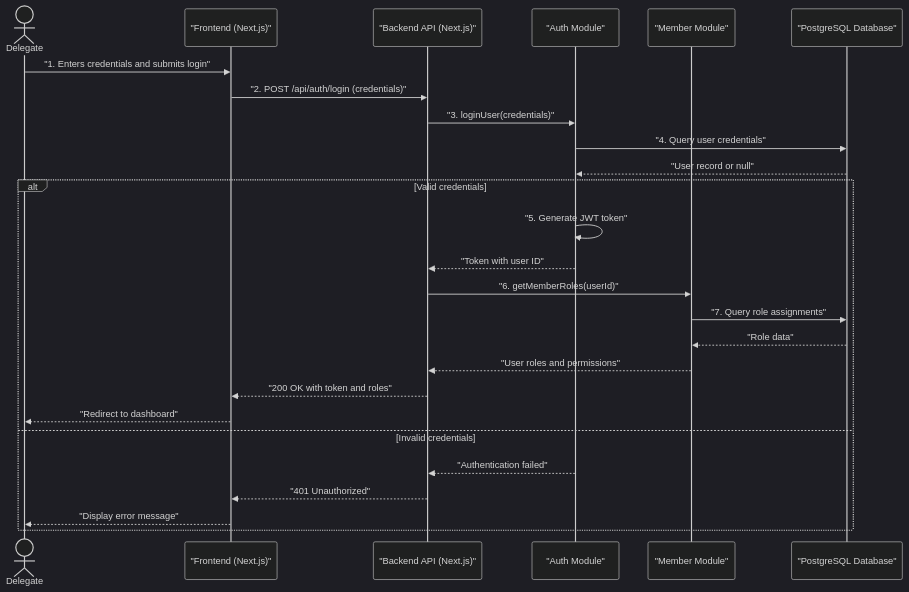
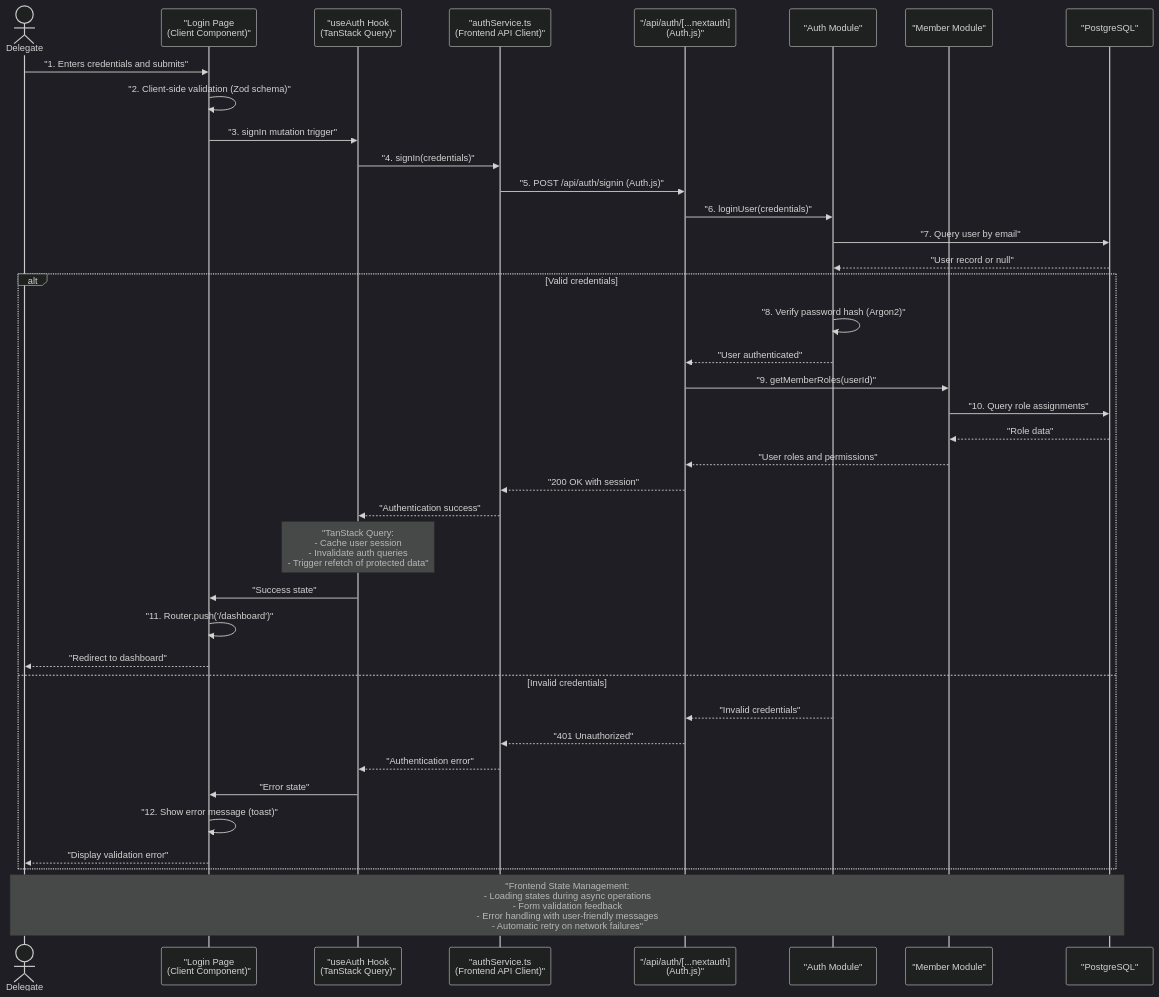
Before and after one commit to greg-latuszek/emma-companionship: the fifth of 15 diagrams in docs/architecture.md, drawn with Mermaid (dark theme). The commit also changed other lines of this file, not shown here.

Commit message:
improved (frontend/backend) Core Workflows

````diff
--- a/docs/architecture.md
+++ b/docs/architecture.md
@@ -1828,31 +1841,50 @@
 ```mermaid
 sequenceDiagram
     actor User as Delegate
-    participant FE as "Frontend (Next.js)"
-    participant API as "Backend API (Next.js)"
-    participant Auth as "Auth Module"
-    participant Member as "Member Module"
-    participant DB as "PostgreSQL Database"
+    participant LoginPage as "Login Page<br/>(Client Component)"
+    participant AuthHook as "useAuth Hook<br/>(TanStack Query)"
+    participant AuthService as "authService.ts<br/>(Frontend API Client)"
+    participant AuthRoute as "/api/auth/[...nextauth]<br/>(Auth.js)"
+    participant AuthModule as "Auth Module"
+    participant MemberModule as "Member Module"
+    participant DB as "PostgreSQL"
 
-    User->>FE: "1. Enters credentials and submits login"
-    FE->>API: "2. POST /api/auth/login (credentials)"
-    API->>Auth: "3. loginUser(credentials)"
+    User->>LoginPage: "1. Enters credentials and submits"
+    LoginPage->>LoginPage: "2. Client-side validation (Zod schema)"
+    LoginPage->>AuthHook: "3. signIn mutation trigger"
     
-    Auth->>DB: "4. Query user credentials"
-    DB-->>Auth: "User record or null"
+    AuthHook->>AuthService: "4. signIn(credentials)"
+    AuthService->>AuthRoute: "5. POST /api/auth/signin (Auth.js)"
+    AuthRoute->>AuthModule: "6. loginUser(credentials)"
+    
+    AuthModule->>DB: "7. Query user by email"
+    DB-->>AuthModule: "User record or null"
     
     alt Valid credentials
-        Auth->>Auth: "5. Generate JWT token"
-        Auth-->>API: "Token with user ID"
-        API->>Member: "6. getMemberRoles(userId)"
-        Member->>DB: "7. Query role assignments"
-        DB-->>Member: "Role data"
-        Member-->>API: "User roles and permissions"
-        API-->>FE: "200 OK with token and roles"
-        FE-->>User: "Redirect to dashboard"
+        AuthModule->>AuthModule: "8. Verify password hash (Argon2)"
+        AuthModule-->>AuthRoute: "User authenticated"
+        AuthRoute->>MemberModule: "9. getMemberRoles(userId)"
+        MemberModule->>DB: "10. Query role assignments"
+        DB-->>MemberModule: "Role data"
+        MemberModule-->>AuthRoute: "User roles and permissions"
+        
+        AuthRoute-->>AuthService: "200 OK with session"
+        AuthService-->>AuthHook: "Authentication success"
+        
+        Note over AuthHook: "TanStack Query:<br/>- Cache user session<br/>- Invalidate auth queries<br/>- Trigger refetch of protected data"
+        
+        AuthHook->>LoginPage: "Success state"
+        LoginPage->>LoginPage: "11. Router.push('/dashboard')"
+        LoginPage-->>User: "Redirect to dashboard"
+        
     else Invalid credentials
-        Auth-->>API: "Authentication failed"
-        API-->>FE: "401 Unauthorized"
-        FE-->>User: "Display error message"
+        AuthModule-->>AuthRoute: "Invalid credentials"
+        AuthRoute-->>AuthService: "401 Unauthorized"
+        AuthService-->>AuthHook: "Authentication error"
+        AuthHook->>LoginPage: "Error state"
+        LoginPage->>LoginPage: "12. Show error message (toast)"
+        LoginPage-->>User: "Display validation error"
     end
+    
+    Note over User, DB: "Frontend State Management:<br/>- Loading states during async operations<br/>- Form validation feedback<br/>- Error handling with user-friendly messages<br/>- Automatic retry on network failures"
 ```
````
